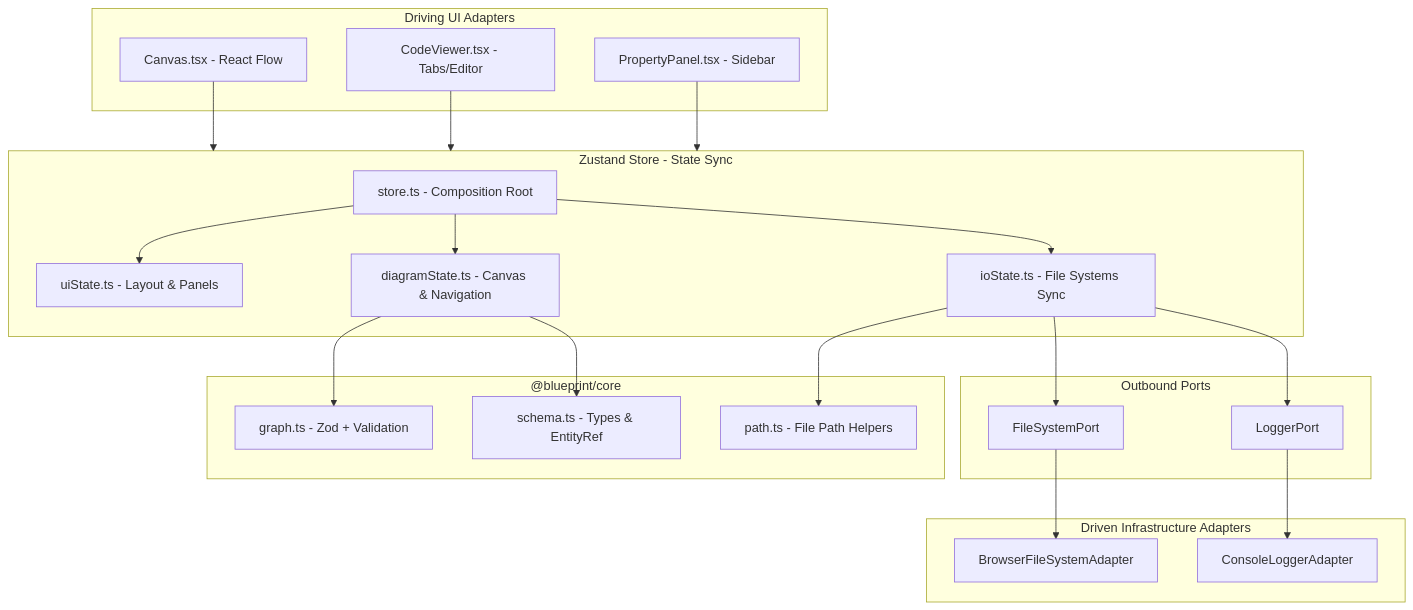
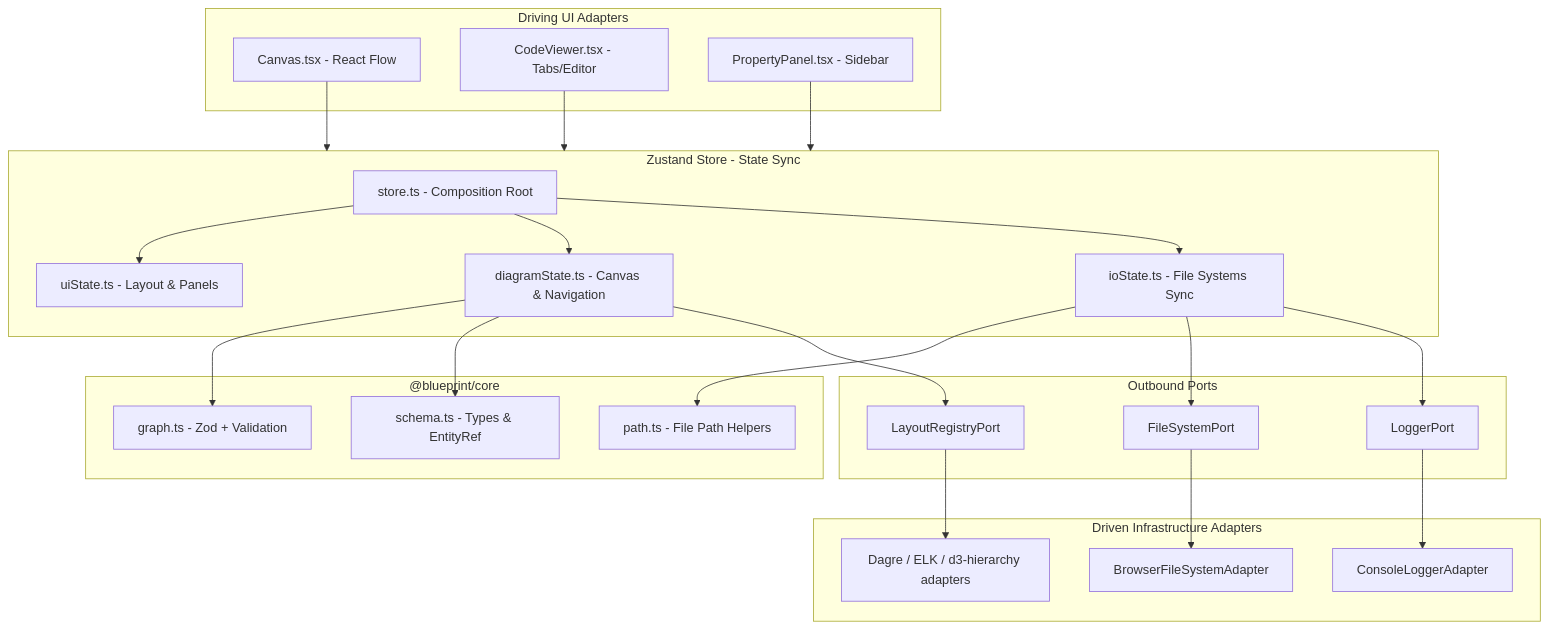
One commit to mzworthington/blueprint changed the first of 2 diagrams in docs/architecture.md. Above: the diagram before and after it, drawn with Mermaid. The commit also changed other lines of this file and 33 other files, not shown here.

Commit message:
feat: implement layout engine selection and integration for diagram positioning in designer application

````diff
--- a/docs/architecture.md
+++ b/docs/architecture.md
@@ -11,45 +11,49 @@
 ```mermaid
 graph TD
     subgraph Driving [Driving UI Adapters]
         Canvas[Canvas.tsx - React Flow]
         CodeViewer[CodeViewer.tsx - Tabs/Editor]
         PropertyPanel[PropertyPanel.tsx - Sidebar]
     end
 
     subgraph Store [Zustand Store - State Sync]
         StoreEntry[store.ts - Composition Root]
         UiState[uiState.ts - Layout & Panels]
         DiagramState[diagramState.ts - Canvas & Navigation]
         IoState[ioState.ts - File Systems Sync]
         StoreEntry --> UiState
         StoreEntry --> DiagramState
         StoreEntry --> IoState
     end
 
     subgraph Core ["@blueprint/core"]
         DomainSchema[schema.ts - Types & EntityRef]
         DomainGraph[graph.ts - Zod + Validation]
         DomainPath[path.ts - File Path Helpers]
     end
 
     subgraph Ports [Outbound Ports]
         FSPort[FileSystemPort]
         LoggerPort[LoggerPort]
+        LayoutRegistry[LayoutRegistryPort]
     end
 
     subgraph Driven [Driven Infrastructure Adapters]
         FSAdapter[BrowserFileSystemAdapter]
         LogAdapter[ConsoleLoggerAdapter]
+        LayoutAdapters[Dagre / ELK / d3-hierarchy adapters]
     end
 
     Canvas --> Store
     CodeViewer --> Store
     PropertyPanel --> Store
     DiagramState --> DomainGraph
     DiagramState --> DomainSchema
     IoState --> DomainPath
     IoState --> FSPort
     IoState --> LoggerPort
+    DiagramState --> LayoutRegistry
     FSPort --> FSAdapter
     LoggerPort --> LogAdapter
+    LayoutRegistry --> LayoutAdapters
 ```
````
